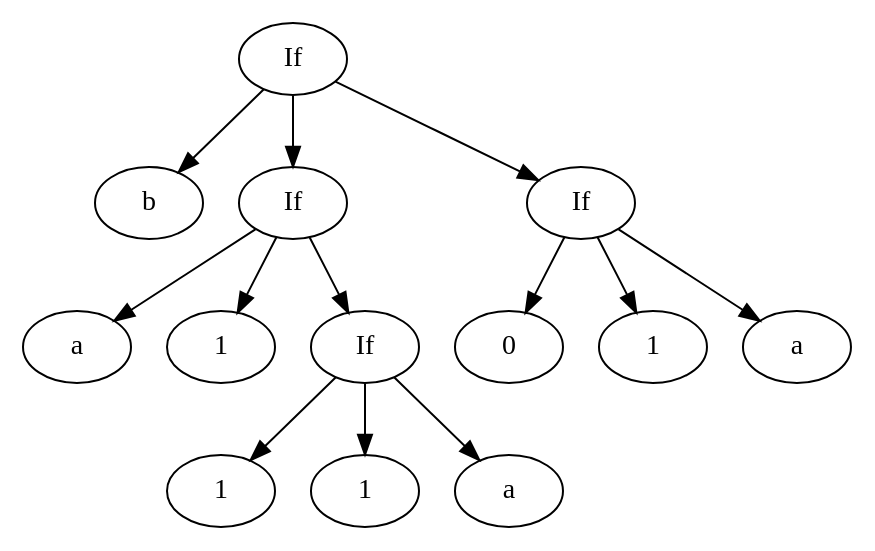
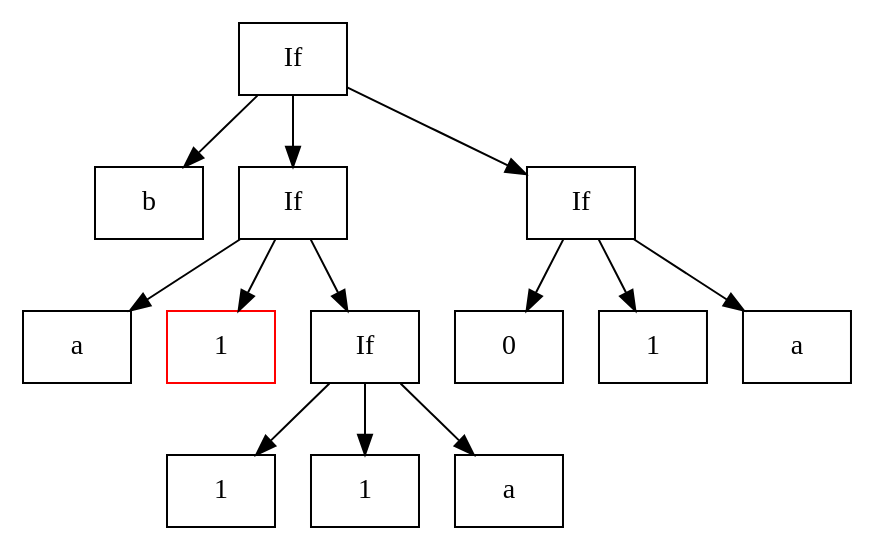
Before and after one commit to chathamabate/youtube-misc: the diagram in boolreduce/graphs/eval2.gv, drawn with Graphviz. The commit also changed 17 other files, not shown here.

```diff
--- a/boolreduce/graphs/eval2.gv
+++ b/boolreduce/graphs/eval2.gv
@@ -1,29 +1,30 @@
 
 // Eval 2
 digraph G {
+    node [shape = "box"]
     n0 [label="If"];
     n0 -> n1;
     n1 [label="b"];
     n0 -> n2;
     n2 [label="If"];
     n2 -> n3;
     n3 [label="a"];
     n2 -> n4;
-    n4 [label="1"];
+    n4 [label="1" color = "red"];
     n2 -> n5;
     n5 [label="If"];
     n5 -> n6;
     n6 [label="1"];
     n5 -> n7;
     n7 [label="1"];
     n5 -> n8;
     n8 [label="a"];
     n0 -> n9;
     n9 [label="If"];
     n9 -> n10;
     n10 [label="0"];
     n9 -> n11;
     n11 [label="1"];
     n9 -> n12;
     n12 [label="a"];
 }
```
